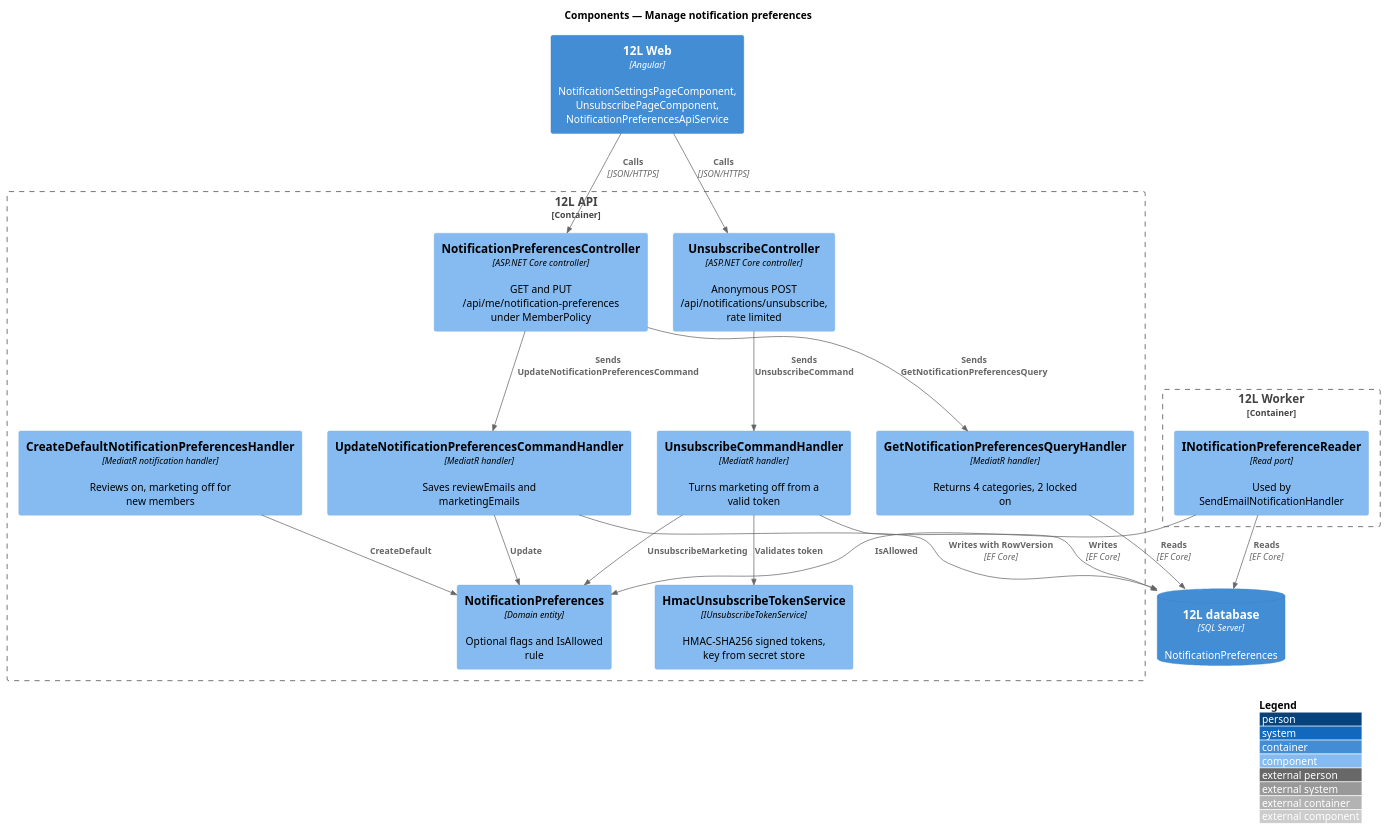
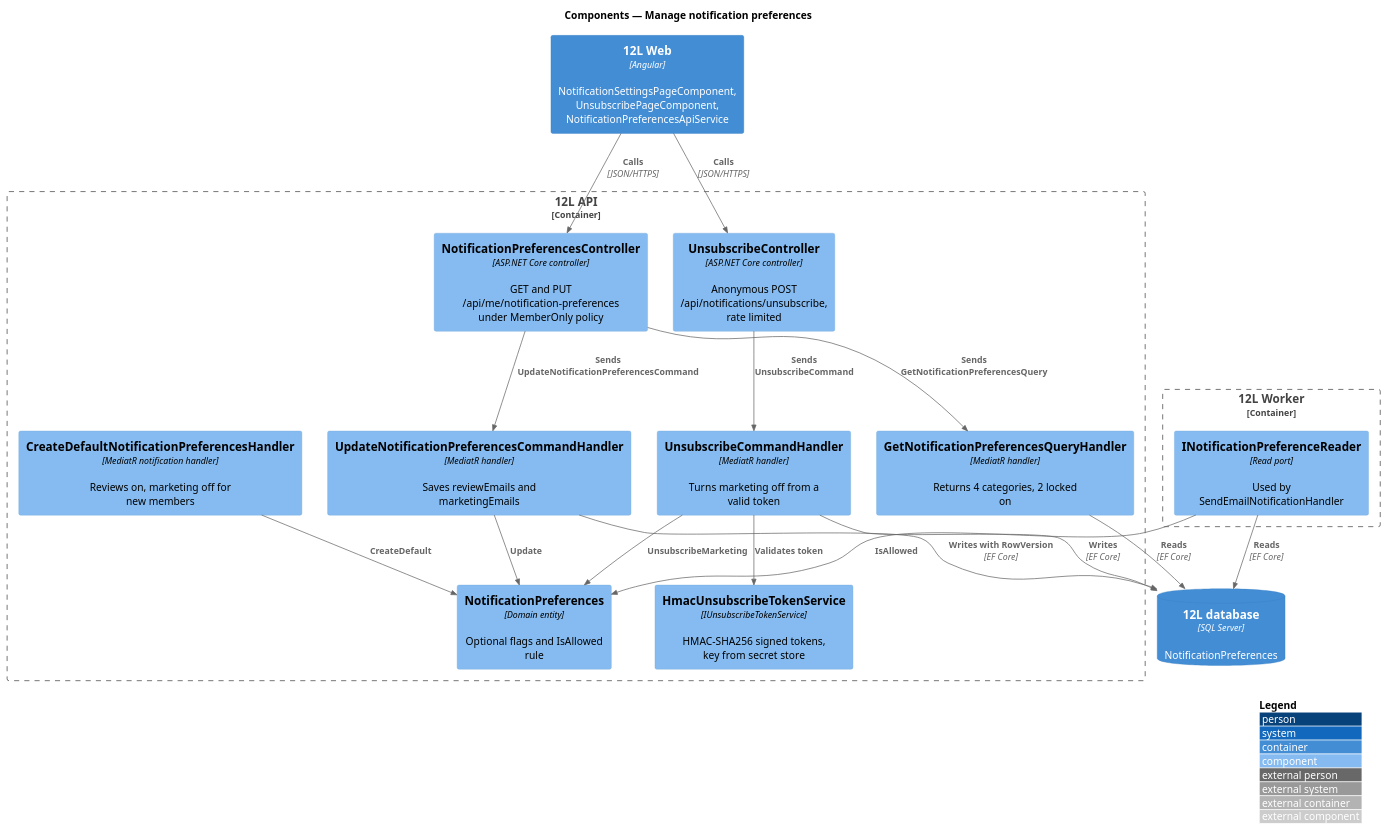
One commit to QuinntyneBrown/12l changed the diagram in docs/detailed-designs/notifications/manage-notification-preferences/diagrams/c4-component.puml. Above: the diagram before and after it, drawn with PlantUML. The commit also changed 145 other files, not shown here.

```diff
--- a/docs/detailed-designs/notifications/manage-notification-preferences/diagrams/c4-component.puml
+++ b/docs/detailed-designs/notifications/manage-notification-preferences/diagrams/c4-component.puml
@@ -1,37 +1,37 @@
 @startuml
 !include <C4/C4_Component>
 LAYOUT_WITH_LEGEND()
 title Components — Manage notification preferences
 
 Container(web, "12L Web", "Angular", "NotificationSettingsPageComponent, UnsubscribePageComponent, NotificationPreferencesApiService")
 
 Container_Boundary(api, "12L API") {
-  Component(ctrl, "NotificationPreferencesController", "ASP.NET Core controller", "GET and PUT /api/me/notification-preferences under MemberPolicy")
+  Component(ctrl, "NotificationPreferencesController", "ASP.NET Core controller", "GET and PUT /api/me/notification-preferences under MemberOnly policy")
   Component(uctrl, "UnsubscribeController", "ASP.NET Core controller", "Anonymous POST /api/notifications/unsubscribe, rate limited")
   Component(get, "GetNotificationPreferencesQueryHandler", "MediatR handler", "Returns 4 categories, 2 locked on")
   Component(upd, "UpdateNotificationPreferencesCommandHandler", "MediatR handler", "Saves reviewEmails and marketingEmails")
   Component(unsub, "UnsubscribeCommandHandler", "MediatR handler", "Turns marketing off from a valid token")
   Component(tokens, "HmacUnsubscribeTokenService", "IUnsubscribeTokenService", "HMAC-SHA256 signed tokens, key from secret store")
   Component(defaults, "CreateDefaultNotificationPreferencesHandler", "MediatR notification handler", "Reviews on, marketing off for new members")
   Component(entity, "NotificationPreferences", "Domain entity", "Optional flags and IsAllowed rule")
 }
 Container_Boundary(worker, "12L Worker") {
   Component(reader, "INotificationPreferenceReader", "Read port", "Used by SendEmailNotificationHandler")
 }
 ContainerDb(db, "12L database", "SQL Server", "NotificationPreferences")
 
 Rel(web, ctrl, "Calls", "JSON/HTTPS")
 Rel(web, uctrl, "Calls", "JSON/HTTPS")
 Rel(ctrl, get, "Sends GetNotificationPreferencesQuery")
 Rel(ctrl, upd, "Sends UpdateNotificationPreferencesCommand")
 Rel(uctrl, unsub, "Sends UnsubscribeCommand")
 Rel(unsub, tokens, "Validates token")
 Rel(upd, entity, "Update")
 Rel(unsub, entity, "UnsubscribeMarketing")
 Rel(defaults, entity, "CreateDefault")
 Rel(reader, entity, "IsAllowed")
 Rel(get, db, "Reads", "EF Core")
 Rel(upd, db, "Writes with RowVersion", "EF Core")
 Rel(unsub, db, "Writes", "EF Core")
 Rel(reader, db, "Reads", "EF Core")
 @enduml
```
